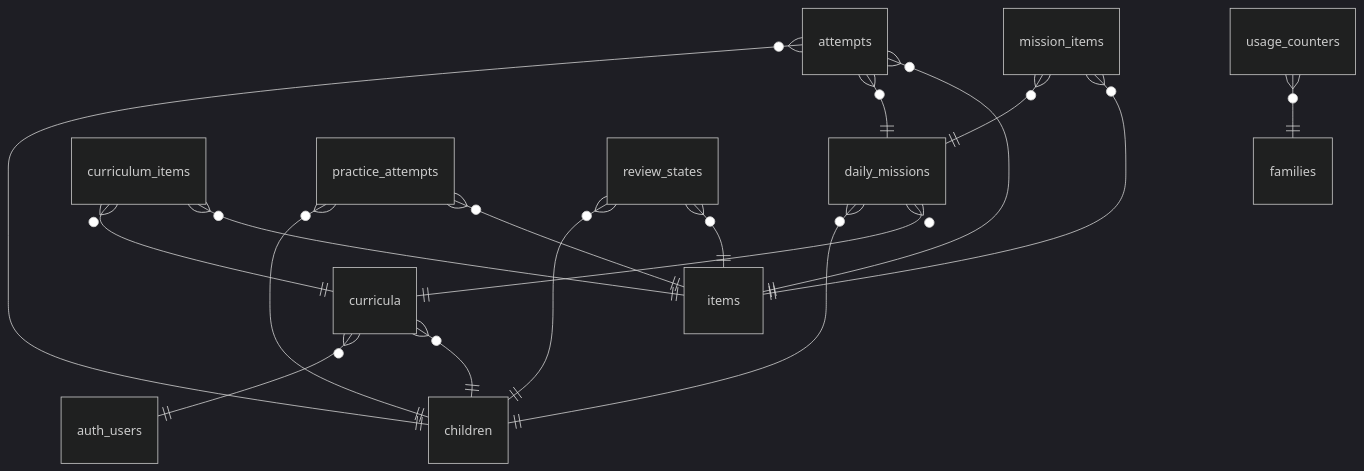
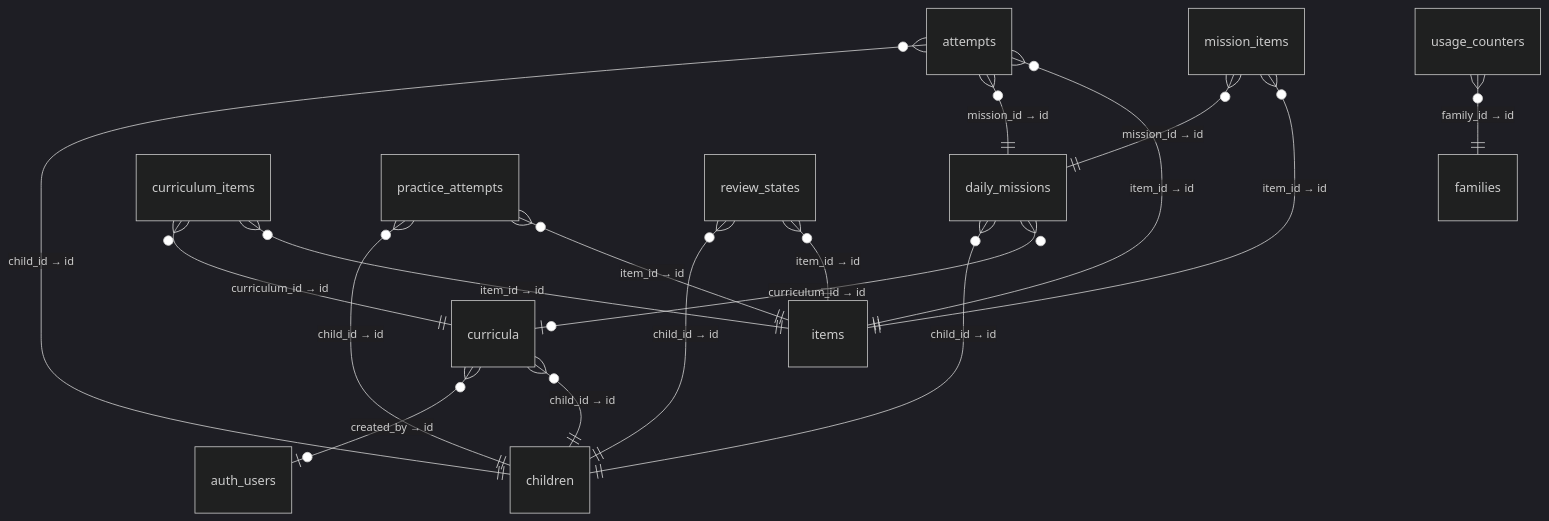
Before and after one commit to obhht2302-ctrl/AIO_team_04_final_project: the third of 6 diagrams in DOC/Step 2/데이터베이스 스키마 설계서.md, drawn with Mermaid (dark theme). The commit also changed other lines of this file and 1 other file, not shown here.

````diff
--- a/DOC/Step 2/데이터베이스 스키마 설계서.md
+++ b/DOC/Step 2/데이터베이스 스키마 설계서.md
@@ -172,28 +146,19 @@
 ```mermaid
 erDiagram
-  attempts }o--|| children : ""
-  attempts }o--|| daily_missions : ""
-  attempts }o--|| items : ""
-  curricula }o--|| auth_users : ""
-  curricula }o--|| children : ""
-  curriculum_items }o--|| curricula : ""
-  curriculum_items }o--|| items : ""
-  daily_missions }o--|| children : ""
-  daily_missions }o--|| curricula : ""
-  mission_items }o--|| daily_missions : ""
-  mission_items }o--|| items : ""
-  practice_attempts }o--|| children : ""
-  practice_attempts }o--|| items : ""
-  review_states }o--|| children : ""
-  review_states }o--|| items : ""
-  usage_counters }o--|| families : ""
-  %% 다른 도메인(기준 노드): auth_users, children, families, items
-  curricula { }
-  curriculum_items { }
-  daily_missions { }
-  mission_items { }
-  attempts { }
-  practice_attempts { }
-  review_states { }
-  usage_counters { }
+  attempts }o--|| children : "child_id → id"
+  attempts }o--|| daily_missions : "mission_id → id"
+  attempts }o--|| items : "item_id → id"
+  curricula }o--o| auth_users : "created_by → id"
+  curricula }o--|| children : "child_id → id"
+  curriculum_items }o--|| curricula : "curriculum_id → id"
+  curriculum_items }o--|| items : "item_id → id"
+  daily_missions }o--|| children : "child_id → id"
+  daily_missions }o--o| curricula : "curriculum_id → id"
+  mission_items }o--|| daily_missions : "mission_id → id"
+  mission_items }o--|| items : "item_id → id"
+  practice_attempts }o--|| children : "child_id → id"
+  practice_attempts }o--|| items : "item_id → id"
+  review_states }o--|| children : "child_id → id"
+  review_states }o--|| items : "item_id → id"
+  usage_counters }o--|| families : "family_id → id"
 ```
````
